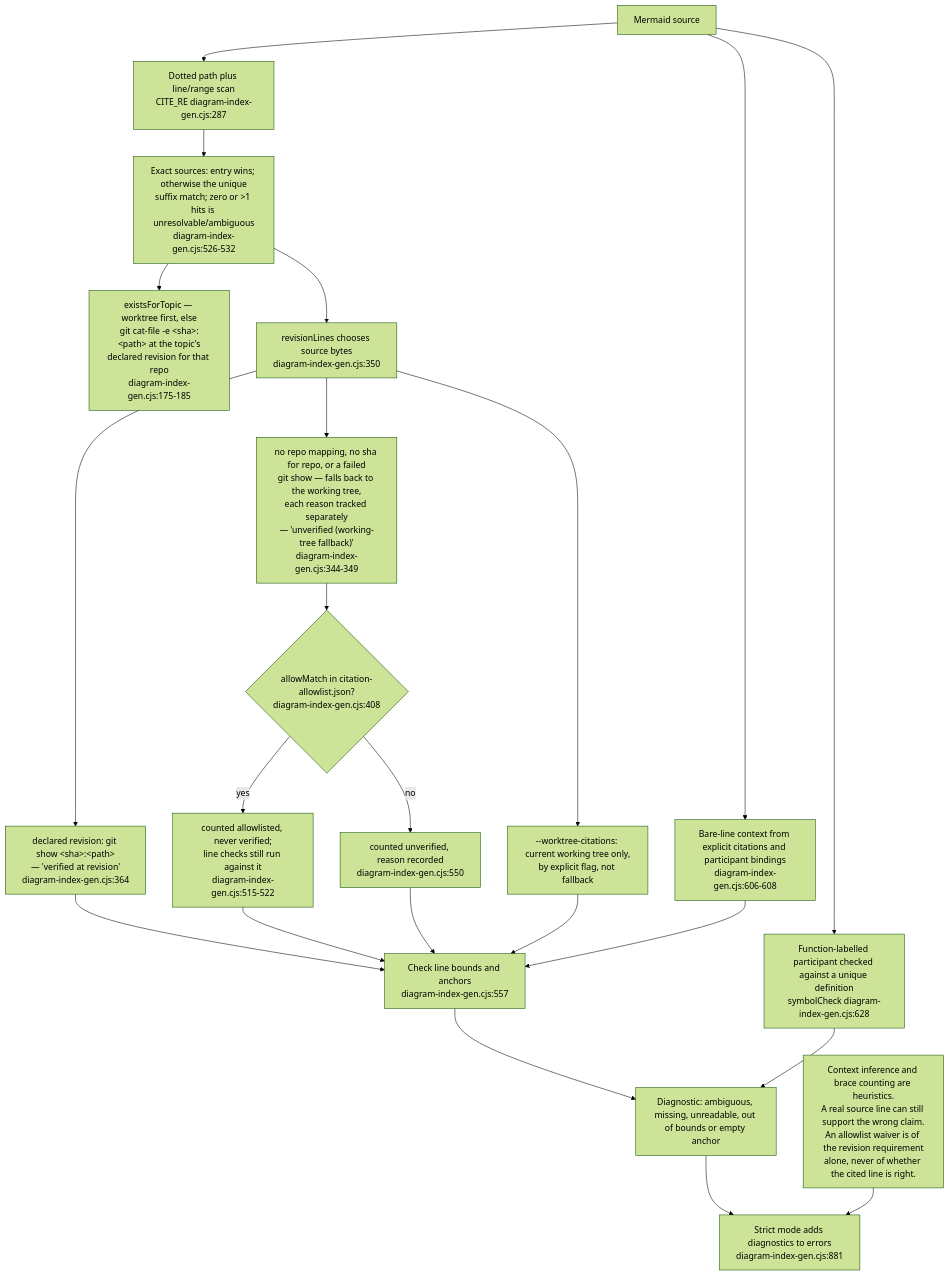
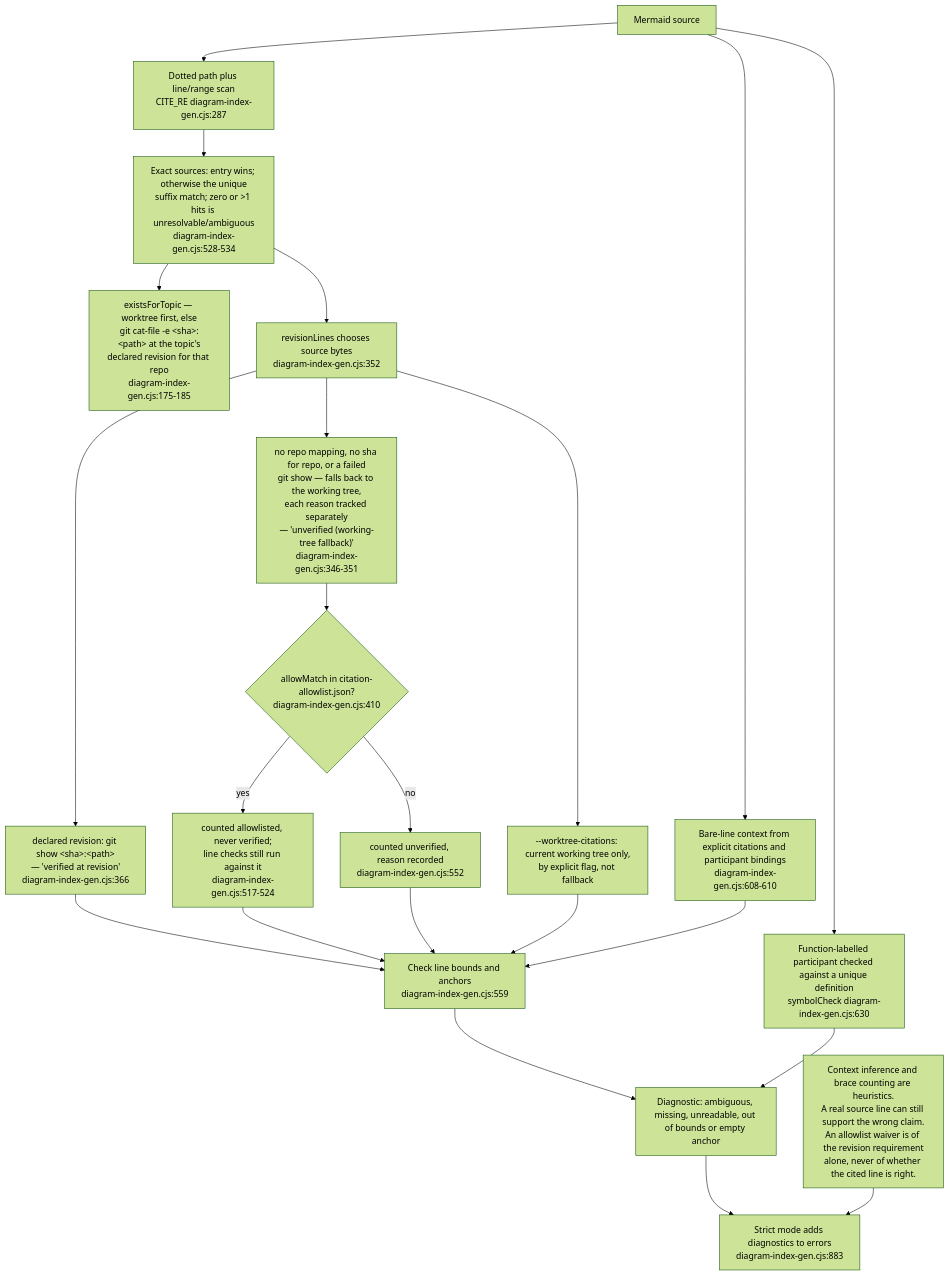
Before and after one commit to DreamLab-AI/VisionFlow: the tenth of 15 diagrams in docs/diagrams/visionflow/06-diagram-tooling.md, drawn with Mermaid (forest theme). The commit also changed other lines of this file and 91 other files, not shown here.

````diff
--- a/docs/diagrams/visionflow/06-diagram-tooling.md
+++ b/docs/diagrams/visionflow/06-diagram-tooling.md
@@ -313,24 +313,24 @@
 ```mermaid
 flowchart TB
     A["Mermaid source"] --> SCAN["Dotted path plus line/range scan<br/>CITE_RE diagram-index-gen.cjs:287"]
-    SCAN --> MATCH["Exact sources: entry wins; otherwise the unique<br/>suffix match; zero or >1 hits is unresolvable/ambiguous<br/>diagram-index-gen.cjs:526-532"]
+    SCAN --> MATCH["Exact sources: entry wins; otherwise the unique<br/>suffix match; zero or >1 hits is unresolvable/ambiguous<br/>diagram-index-gen.cjs:528-534"]
     MATCH --> EXIST["existsForTopic — worktree first, else<br/>git cat-file -e &lt;sha&gt;:&lt;path&gt; at the topic's<br/>declared revision for that repo<br/>diagram-index-gen.cjs:175-185"]
-    MATCH --> MODE["revisionLines chooses source bytes<br/>diagram-index-gen.cjs:350"]
-    MODE --> PIN["declared revision: git show &lt;sha&gt;:&lt;path&gt;<br/>— 'verified at revision'<br/>diagram-index-gen.cjs:364"]
-    MODE --> WT["no repo mapping, no sha for repo, or a failed<br/>git show — falls back to the working tree,<br/>each reason tracked separately<br/>— 'unverified (working-tree fallback)'<br/>diagram-index-gen.cjs:344-349"]
+    MATCH --> MODE["revisionLines chooses source bytes<br/>diagram-index-gen.cjs:352"]
+    MODE --> PIN["declared revision: git show &lt;sha&gt;:&lt;path&gt;<br/>— 'verified at revision'<br/>diagram-index-gen.cjs:366"]
+    MODE --> WT["no repo mapping, no sha for repo, or a failed<br/>git show — falls back to the working tree,<br/>each reason tracked separately<br/>— 'unverified (working-tree fallback)'<br/>diagram-index-gen.cjs:346-351"]
     MODE --> WTFLAG["--worktree-citations: current working tree only,<br/>by explicit flag, not fallback"]
-    PIN --> READ["Check line bounds and anchors<br/>diagram-index-gen.cjs:557"]
-    WT --> WAIVE{"allowMatch in citation-allowlist.json?<br/>diagram-index-gen.cjs:408"}
-    WAIVE -->|yes| ALLOWED["counted allowlisted, never verified;<br/>line checks still run against it<br/>diagram-index-gen.cjs:515-522"]
-    WAIVE -->|no| UNVER["counted unverified, reason recorded<br/>diagram-index-gen.cjs:550"]
+    PIN --> READ["Check line bounds and anchors<br/>diagram-index-gen.cjs:559"]
+    WT --> WAIVE{"allowMatch in citation-allowlist.json?<br/>diagram-index-gen.cjs:410"}
+    WAIVE -->|yes| ALLOWED["counted allowlisted, never verified;<br/>line checks still run against it<br/>diagram-index-gen.cjs:517-524"]
+    WAIVE -->|no| UNVER["counted unverified, reason recorded<br/>diagram-index-gen.cjs:552"]
     ALLOWED --> READ
     UNVER --> READ
     WTFLAG --> READ
-    A --> BARE["Bare-line context from explicit citations and participant bindings<br/>diagram-index-gen.cjs:606-608"]
+    A --> BARE["Bare-line context from explicit citations and participant bindings<br/>diagram-index-gen.cjs:608-610"]
     BARE --> READ
-    A --> SYMBOL["Function-labelled participant checked against a unique definition<br/>symbolCheck diagram-index-gen.cjs:628"]
+    A --> SYMBOL["Function-labelled participant checked against a unique definition<br/>symbolCheck diagram-index-gen.cjs:630"]
     READ --> DIAG["Diagnostic: ambiguous, missing, unreadable, out of bounds or empty anchor"]
     SYMBOL --> DIAG
-    DIAG --> EXIT["Strict mode adds diagnostics to errors<br/>diagram-index-gen.cjs:881"]
+    DIAG --> EXIT["Strict mode adds diagnostics to errors<br/>diagram-index-gen.cjs:883"]
     LIMIT["Context inference and brace counting are heuristics.<br/>A real source line can still support the wrong claim.<br/>An allowlist waiver is of the revision requirement<br/>alone, never of whether the cited line is right."] --> EXIT
 ```
````
